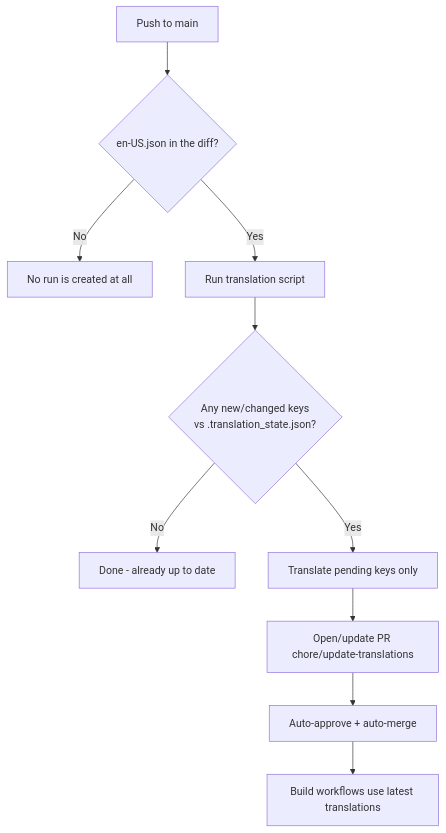
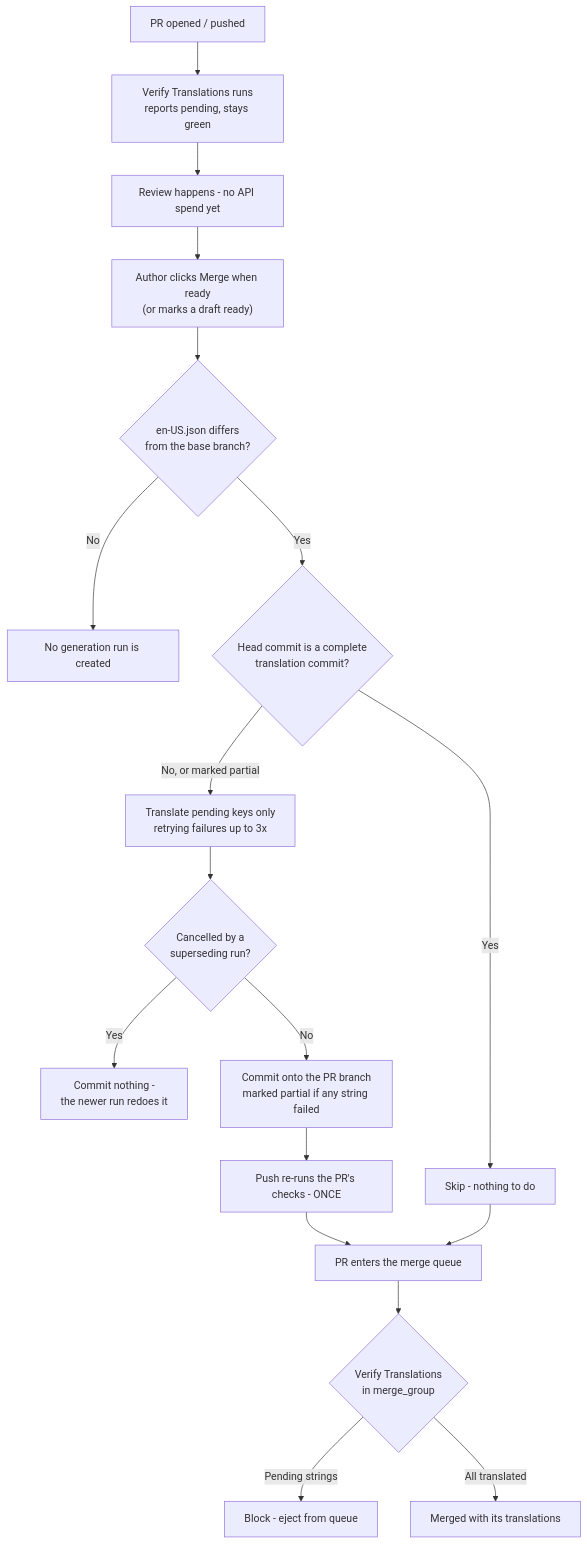
The diagram in scripts/translations/README.md (openobserve/openobserve), drawn with Mermaid before and after one commit. The commit also changed other lines of this file and 5 other files, not shown here.

````diff
--- a/scripts/translations/README.md
+++ b/scripts/translations/README.md
@@ -137,12 +249,20 @@
 ```mermaid
 graph TD
-    A[Push to main] --> C{en-US.json in the diff?}
-    C -->|No| E[No run is created at all]
-    C -->|Yes| D[Run translation script]
-    D --> F{Any new/changed keys<br/>vs .translation_state.json?}
-    F -->|No| G[Done - already up to date]
-    F -->|Yes| H[Translate pending keys only]
-    H --> I[Open/update PR chore/update-translations]
-    I --> J[Auto-approve + auto-merge]
-    J --> K[Build workflows use latest translations]
+    A[PR opened / pushed] --> V[Verify Translations runs<br/>reports pending, stays green]
+    V --> P[Review happens - no API spend yet]
+    P --> A2["Author clicks Merge when ready<br/>(or marks a draft ready)"]
+    A2 --> C{en-US.json differs<br/>from the base branch?}
+    C -->|No| E[No generation run is created]
+    C -->|Yes| B{Head commit is a complete<br/>translation commit?}
+    B -->|Yes| G2[Skip - nothing to do]
+    B -->|No, or marked partial| D[Translate pending keys only<br/>retrying failures up to 3x]
+    D --> L{Cancelled by a<br/>superseding run?}
+    L -->|Yes| M[Commit nothing -<br/>the newer run redoes it]
+    L -->|No| I[Commit onto the PR branch<br/>marked partial if any string failed]
+    I --> J[Push re-runs the PR's checks - ONCE]
+    J --> Q[PR enters the merge queue]
+    G2 --> Q
+    Q --> R{Verify Translations<br/>in merge_group}
+    R -->|Pending strings| S[Block - eject from queue]
+    R -->|All translated| K[Merged with its translations]
 ```
````
